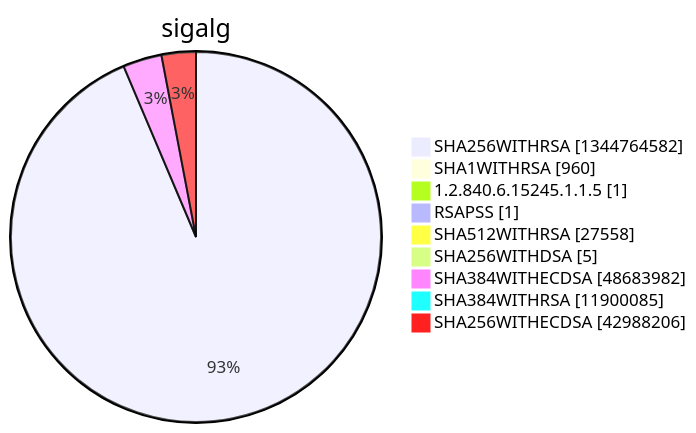
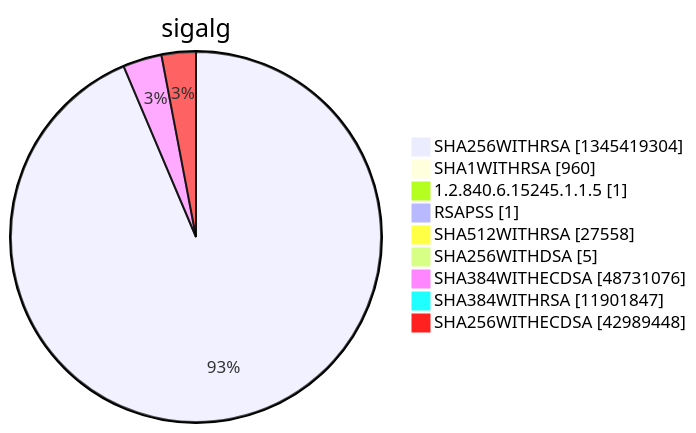
Diagram 15 of 15 in argon2022/README.md (christiankrug/ctmonitor_visualization), drawn with Mermaid before and after one commit. The commit also changed other lines of this file, not shown here.

````diff
--- a/argon2022/README.md
+++ b/argon2022/README.md
@@ -5524,13 +5524,13 @@
 ```mermaid
 pie showData
 title sigalg
-"SHA256WITHRSA" :1344764582
+"SHA256WITHRSA" :1345419304
 "SHA1WITHRSA" :960
 "1.2.840.6.15245.1.1.5" :1
 "RSAPSS" :1
 "SHA512WITHRSA" :27558
 "SHA256WITHDSA" :5
-"SHA384WITHECDSA" :48683982
-"SHA384WITHRSA" :11900085
-"SHA256WITHECDSA" :42988206
+"SHA384WITHECDSA" :48731076
+"SHA384WITHRSA" :11901847
+"SHA256WITHECDSA" :42989448
 ```
````
